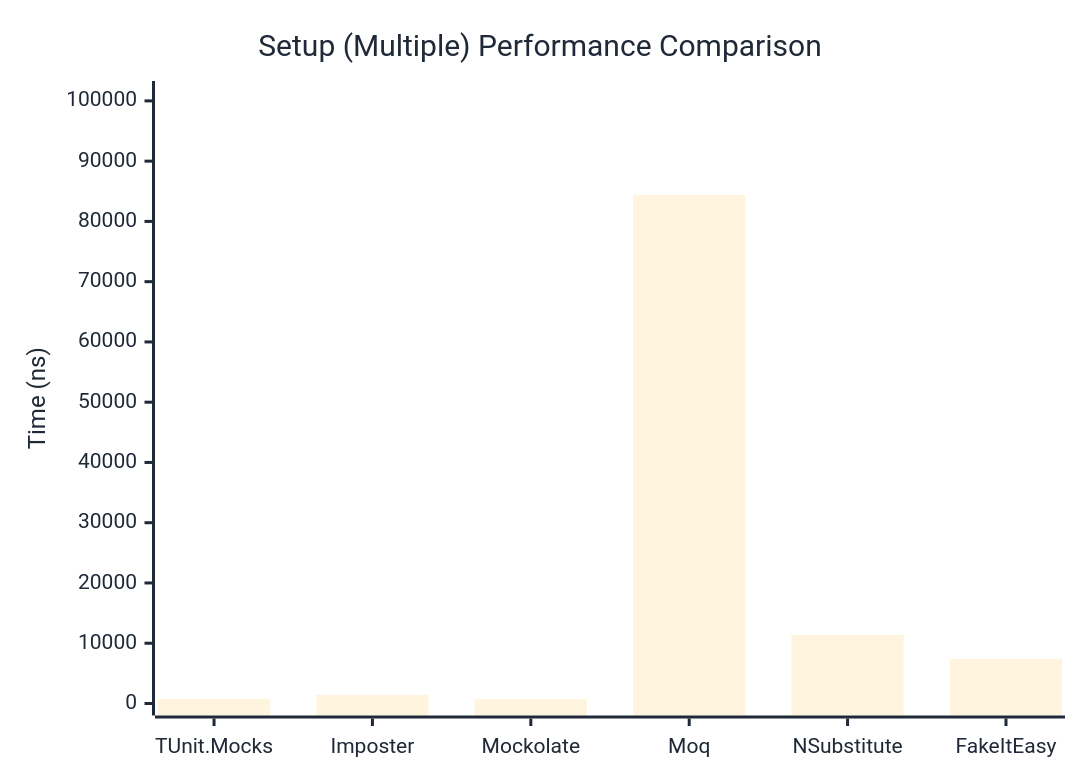
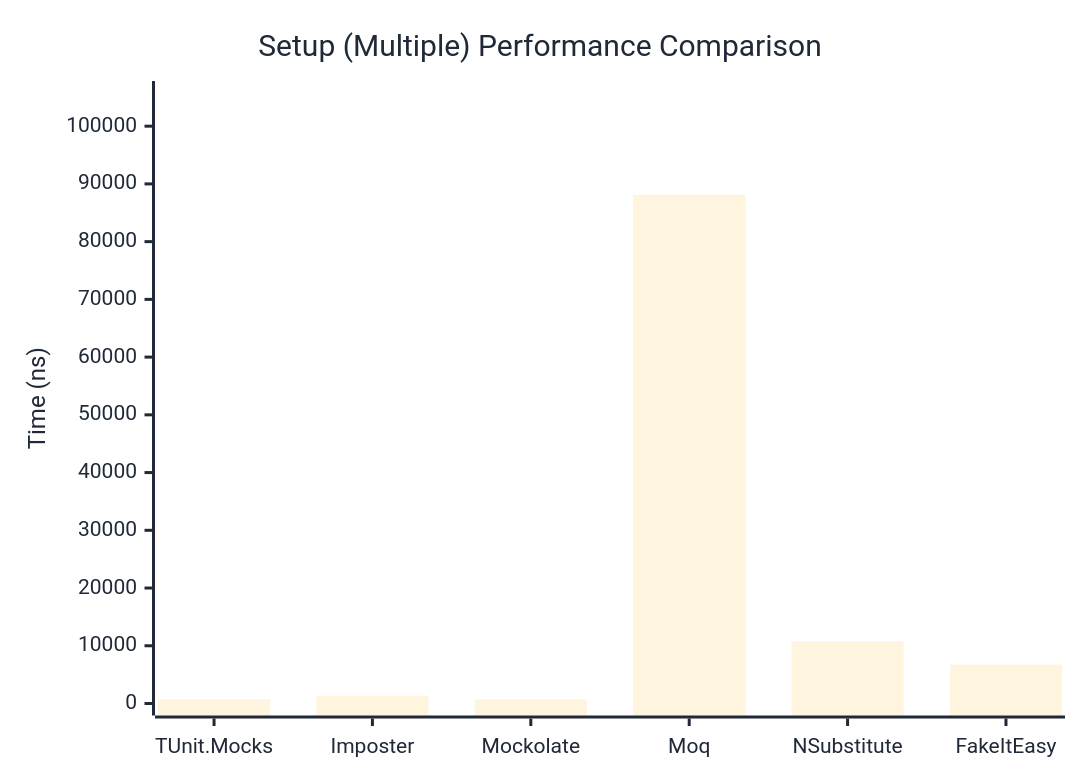
One commit to thomhurst/TUnit changed the second of 2 diagrams in docs/docs/benchmarks/mocks/Setup.md. Above: the diagram before and after it, drawn with Mermaid. The commit also changed other lines of this file and 14 other files, not shown here.

````diff
--- a/docs/docs/benchmarks/mocks/Setup.md
+++ b/docs/docs/benchmarks/mocks/Setup.md
@@ -69,27 +69,27 @@
 ```mermaid
 %%{init: {
   'theme':'base',
   'themeVariables': {
     'primaryColor': '#2563eb',
     'primaryTextColor': '#1f2937',
     'primaryBorderColor': '#1e40af',
     'lineColor': '#6b7280',
     'secondaryColor': '#7c3aed',
     'tertiaryColor': '#dc2626',
     'background': '#ffffff',
     'pie1': '#2563eb',
     'pie2': '#7c3aed',
     'pie3': '#dc2626',
     'pie4': '#f59e0b',
     'pie5': '#10b981',
     'pie6': '#06b6d4',
     'pie7': '#ec4899',
     'pie8': '#6366f1'
   }
 }}%%
 xychart-beta
   title "Setup (Multiple) Performance Comparison"
   x-axis ["TUnit.Mocks", "Imposter", "Mockolate", "Moq", "NSubstitute", "FakeItEasy"]
-  y-axis "Time (ns)" 0 --> 101308
-  bar [764.7, 1402.5, 727.2, 84423.3, 11405.8, 7430.5]
+  y-axis "Time (ns)" 0 --> 105746
+  bar [737.1, 1349.9, 728.1, 88121.1, 10766.7, 6719.9]
 ```
````
